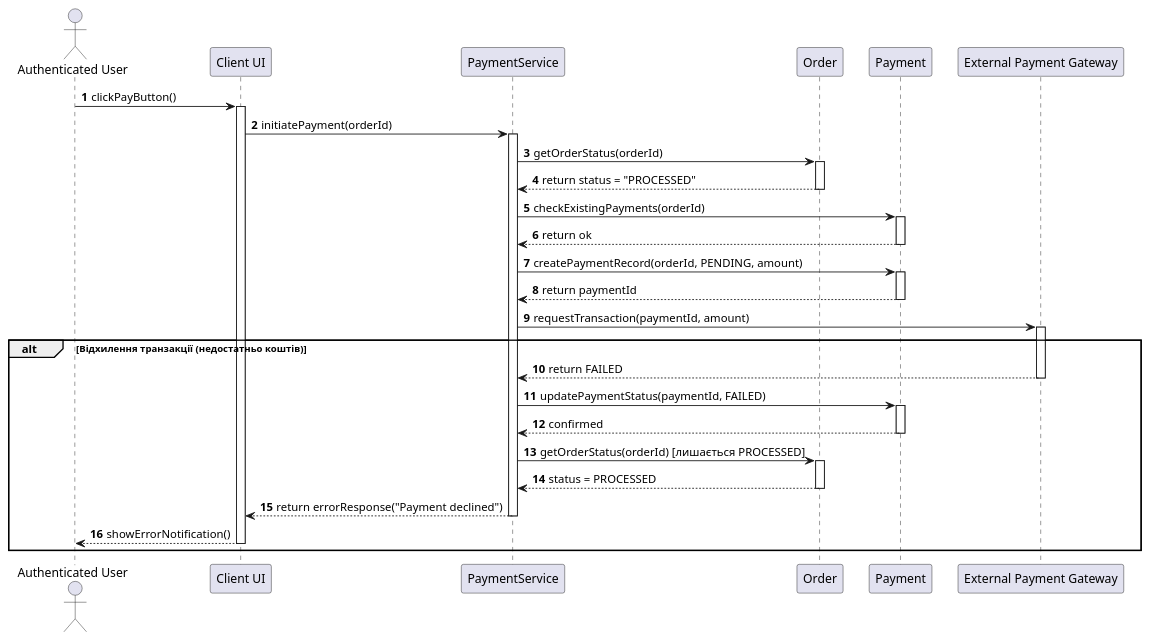
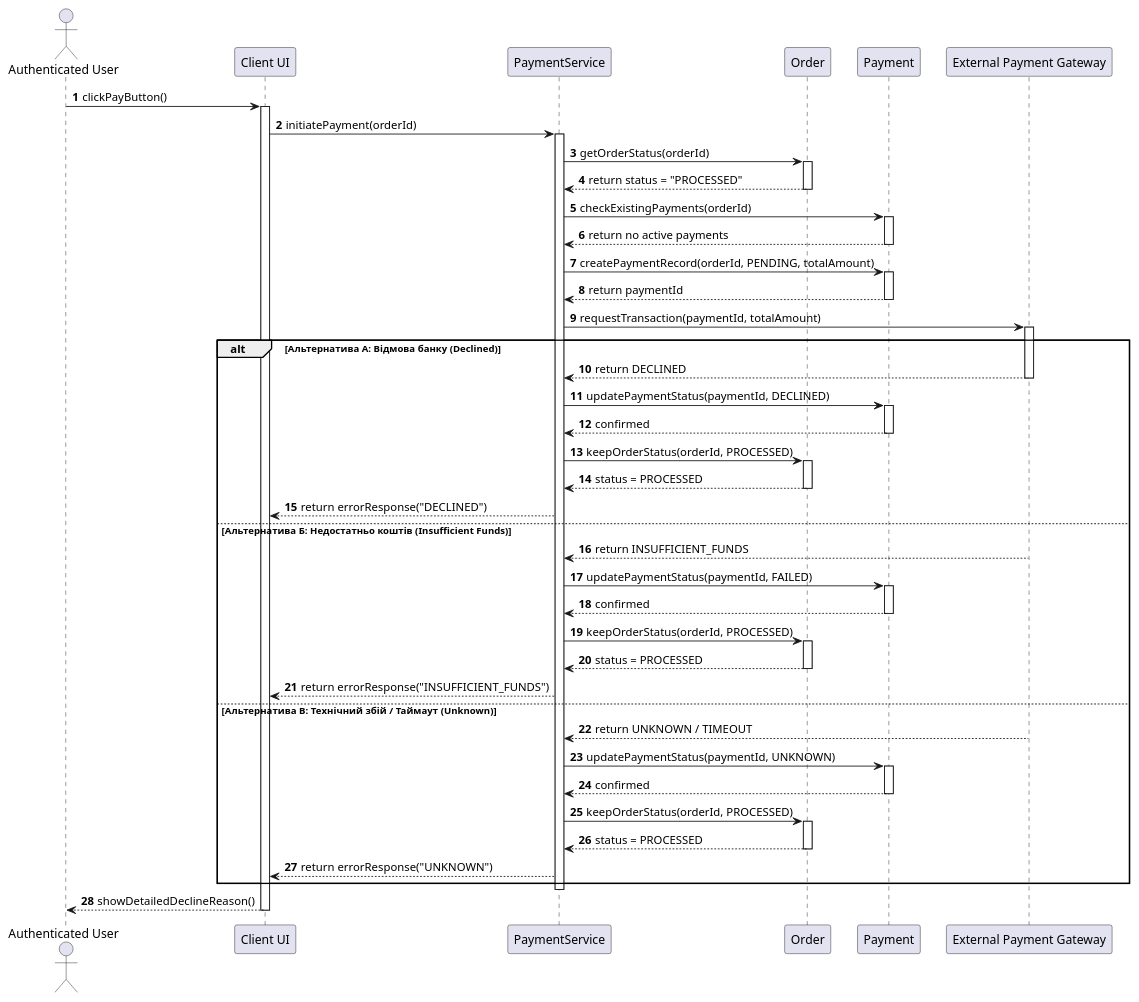
One commit to wameny/KPI2year changed the diagram in lab3/s2-diagram.puml. Above: the diagram before and after it, drawn with PlantUML. The commit also changed 1 other file, not shown here.

```diff
--- a/lab3/s2-diagram.puml
+++ b/lab3/s2-diagram.puml
@@ -1,56 +1,87 @@
 @startuml
 autonumber
 skinparam BoxPadding 10
 skinparam ParticipantPadding 10
 
 actor "Authenticated User" as User
 participant "Client UI" as UI
 participant "PaymentService" as Service
 participant "Order" as Order
 participant "Payment" as Payment
 participant "External Payment Gateway" as Gateway
 
 User -> UI: clickPayButton()
 activate UI
 UI -> Service: initiatePayment(orderId)
 activate Service
 
 Service -> Order: getOrderStatus(orderId)
 activate Order
 Order --> Service: return status = "PROCESSED"
 deactivate Order
 
 Service -> Payment: checkExistingPayments(orderId)
 activate Payment
-Payment --> Service: return ok
+Payment --> Service: return no active payments
 deactivate Payment
 
-Service -> Payment: createPaymentRecord(orderId, PENDING, amount)
+Service -> Payment: createPaymentRecord(orderId, PENDING, totalAmount)
 activate Payment
 Payment --> Service: return paymentId
 deactivate Payment
 
-Service -> Gateway: requestTransaction(paymentId, amount)
+Service -> Gateway: requestTransaction(paymentId, totalAmount)
 activate Gateway
 
-alt Відхилення транзакції (недостатньо коштів)
-    Gateway --> Service: return FAILED
+alt Альтернатива А: Відмова банку (Declined)
+    Gateway --> Service: return DECLINED
     deactivate Gateway
+    
+    Service -> Payment: updatePaymentStatus(paymentId, DECLINED)
+    activate Payment
+    Payment --> Service: confirmed
+    deactivate Payment
+    
+    Service -> Order: keepOrderStatus(orderId, PROCESSED)
+    activate Order
+    Order --> Service: status = PROCESSED
+    deactivate Order
+    
+    Service --> UI: return errorResponse("DECLINED")
+
+else Альтернатива Б: Недостатньо коштів (Insufficient Funds)
+    Gateway --> Service: return INSUFFICIENT_FUNDS
     
     Service -> Payment: updatePaymentStatus(paymentId, FAILED)
     activate Payment
     Payment --> Service: confirmed
     deactivate Payment
     
-    Service -> Order: getOrderStatus(orderId) [лишається PROCESSED]
+    Service -> Order: keepOrderStatus(orderId, PROCESSED)
     activate Order
     Order --> Service: status = PROCESSED
     deactivate Order
     
-    Service --> UI: return errorResponse("Payment declined")
-    deactivate Service
-    UI --> User: showErrorNotification()
-    deactivate UI
+    Service --> UI: return errorResponse("INSUFFICIENT_FUNDS")
+
+else Альтернатива В: Технічний збій / Таймаут (Unknown)
+    Gateway --> Service: return UNKNOWN / TIMEOUT
+    
+    Service -> Payment: updatePaymentStatus(paymentId, UNKNOWN)
+    activate Payment
+    Payment --> Service: confirmed
+    deactivate Payment
+    
+    Service -> Order: keepOrderStatus(orderId, PROCESSED)
+    activate Order
+    Order --> Service: status = PROCESSED
+    deactivate Order
+    
+    Service --> UI: return errorResponse("UNKNOWN")
 end
 
+deactivate Service
+UI --> User: showDetailedDeclineReason()
+deactivate UI
+
 @enduml
```
